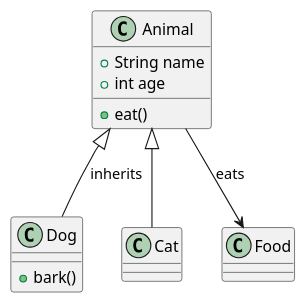
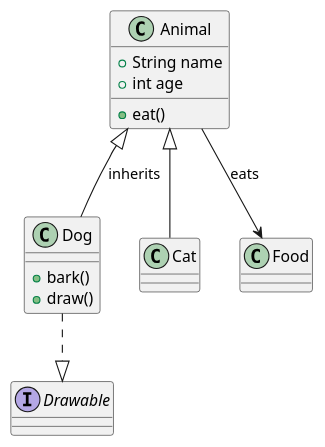
One commit to yingkitw/diagram changed the diagram in examples/class.puml. Above: the diagram before and after it, drawn with PlantUML. The commit also changed 13 other files, not shown here.

First line of the commit message:
Enhance diagram tool with sequence and class diagram improvements

```diff
--- a/examples/class.puml
+++ b/examples/class.puml
@@ -1,14 +1,17 @@
 @startuml
+interface Drawable
 class Animal {
   +String name
   +int age
   +eat()
 }
 class Dog {
   +bark()
+  +draw()
 }
 class Cat
 Animal <|-- Dog : inherits
 Animal <|-- Cat
 Animal --> Food : eats
+Dog ..|> Drawable
 @enduml
```
